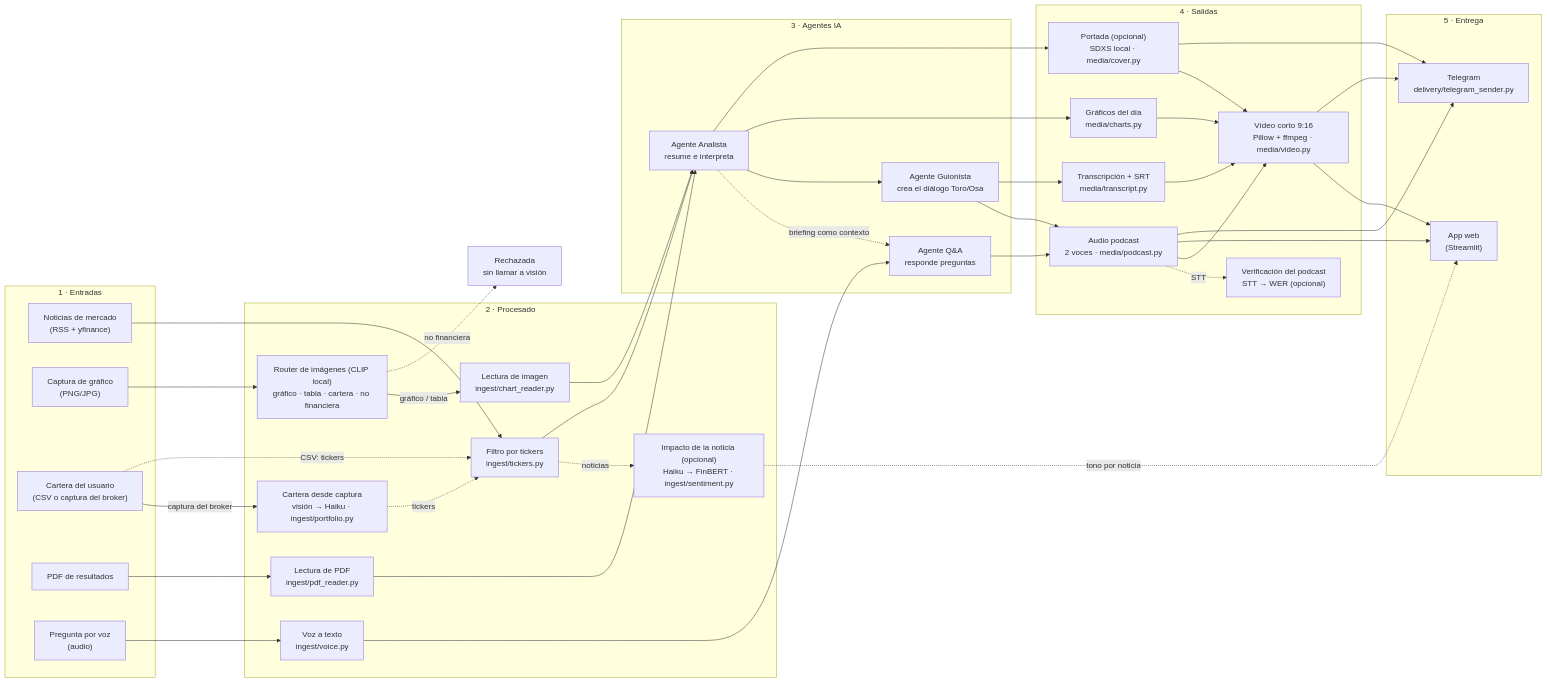
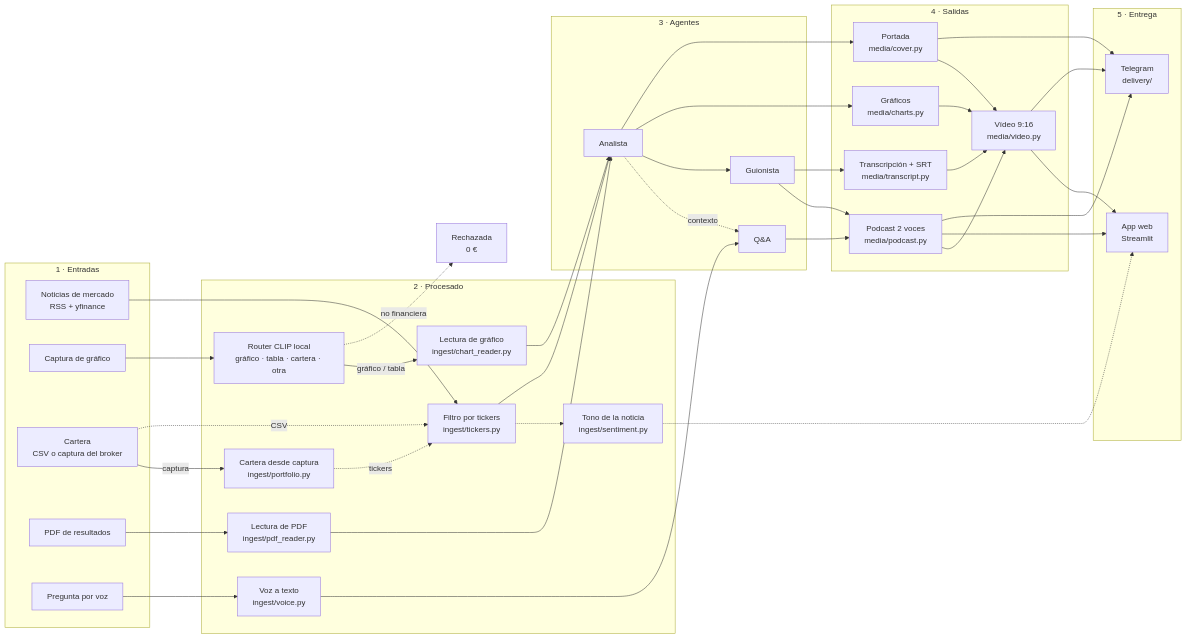
One commit to Romequinco/multimodal-market-briefer changed the first of 3 diagrams in README.md. Above: the diagram before and after it, drawn with Mermaid. The commit also changed other lines of this file and 8 other files, not shown here.

Commit message:
Entrega v1.0: README reescrito con la app desplegada en Railway, pitch final con la URL y checklist del enunciado al día

````diff
--- a/README.md
+++ b/README.md
@@ -133,76 +136,71 @@
 ```mermaid
 flowchart LR
     subgraph E["1 · Entradas"]
-        N["Noticias de mercado<br/>(RSS + yfinance)"]
-        G["Captura de gráfico<br/>(PNG/JPG)"]
-        C["Cartera del usuario<br/>(CSV o captura del broker)"]
+        N["Noticias de mercado<br/>RSS + yfinance"]
+        G["Captura de gráfico"]
+        C["Cartera<br/>CSV o captura del broker"]
         P["PDF de resultados"]
-        V["Pregunta por voz<br/>(audio)"]
+        V["Pregunta por voz"]
     end
 
     subgraph PR["2 · Procesado"]
         FT["Filtro por tickers<br/>ingest/tickers.py"]
-        RI["Router de imágenes (CLIP local)<br/>gráfico · tabla · cartera · no financiera"]
-        LI["Lectura de imagen<br/>ingest/chart_reader.py"]
-        LC["Cartera desde captura<br/>visión → Haiku · ingest/portfolio.py"]
+        RI["Router CLIP local<br/>gráfico · tabla · cartera · otra"]
+        LI["Lectura de gráfico<br/>ingest/chart_reader.py"]
+        LC["Cartera desde captura<br/>ingest/portfolio.py"]
         LP["Lectura de PDF<br/>ingest/pdf_reader.py"]
         VT["Voz a texto<br/>ingest/voice.py"]
-        IM["Impacto de la noticia (opcional)<br/>Haiku → FinBERT · ingest/sentiment.py"]
+        IM["Tono de la noticia<br/>ingest/sentiment.py"]
     end
 
-    subgraph AG["3 · Agentes IA"]
-        AN["Agente Analista<br/>resume e interpreta"]
-        GU["Agente Guionista<br/>crea el diálogo Toro/Osa"]
-        QA["Agente Q&A<br/>responde preguntas"]
+    subgraph AG["3 · Agentes"]
+        AN["Analista"]
+        GU["Guionista"]
+        QA["Q&A"]
     end
 
     subgraph S["4 · Salidas"]
-        GD["Gráficos del día<br/>media/charts.py"]
-        AU["Audio podcast<br/>2 voces · media/podcast.py"]
+        GD["Gráficos<br/>media/charts.py"]
+        AU["Podcast 2 voces<br/>media/podcast.py"]
         TR["Transcripción + SRT<br/>media/transcript.py"]
-        VF["Verificación del podcast<br/>STT → WER (opcional)"]
-        VI["Vídeo corto 9:16<br/>Pillow + ffmpeg · media/video.py"]
-        PO["Portada (opcional)<br/>SDXS local · media/cover.py"]
+        PO["Portada<br/>media/cover.py"]
+        VI["Vídeo 9:16<br/>media/video.py"]
     end
 
     subgraph D["5 · Entrega"]
-        W["App web<br/>(Streamlit)"]
-        TG["Telegram<br/>delivery/telegram_sender.py"]
+        W["App web<br/>Streamlit"]
+        TG["Telegram<br/>delivery/"]
     end
 
     N --> FT
-    FT -. noticias .-> IM
+    FT -.-> IM
     G --> RI
     RI -- "gráfico / tabla" --> LI
-    RI -. "no financiera" .-> RX["Rechazada<br/>sin llamar a visión"]
-    C -- "captura del broker" --> LC
+    RI -. "no financiera" .-> RX["Rechazada<br/>0 €"]
+    C -- captura --> LC
     LC -. tickers .-> FT
-    C -. "CSV: tickers" .-> FT
+    C -. CSV .-> FT
     P --> LP
     V --> VT
-
     FT --> AN
     LI --> AN
     LP --> AN
     VT --> QA
-    AN -. "briefing como contexto" .-> QA
-
+    AN -. contexto .-> QA
     AN --> GU
     AN --> GD
+    AN --> PO
     GU --> AU
     GU --> TR
-    AU -. STT .-> VF
     QA --> AU
-
-    AN --> PO
     GD --> VI
     PO --> VI
     AU --> VI
     TR --> VI
     AU --> W
     VI --> W
-    IM -. tono por noticia .-> W
+    IM -.-> W
     AU --> TG
     VI --> TG
     PO --> TG
 ```
````
